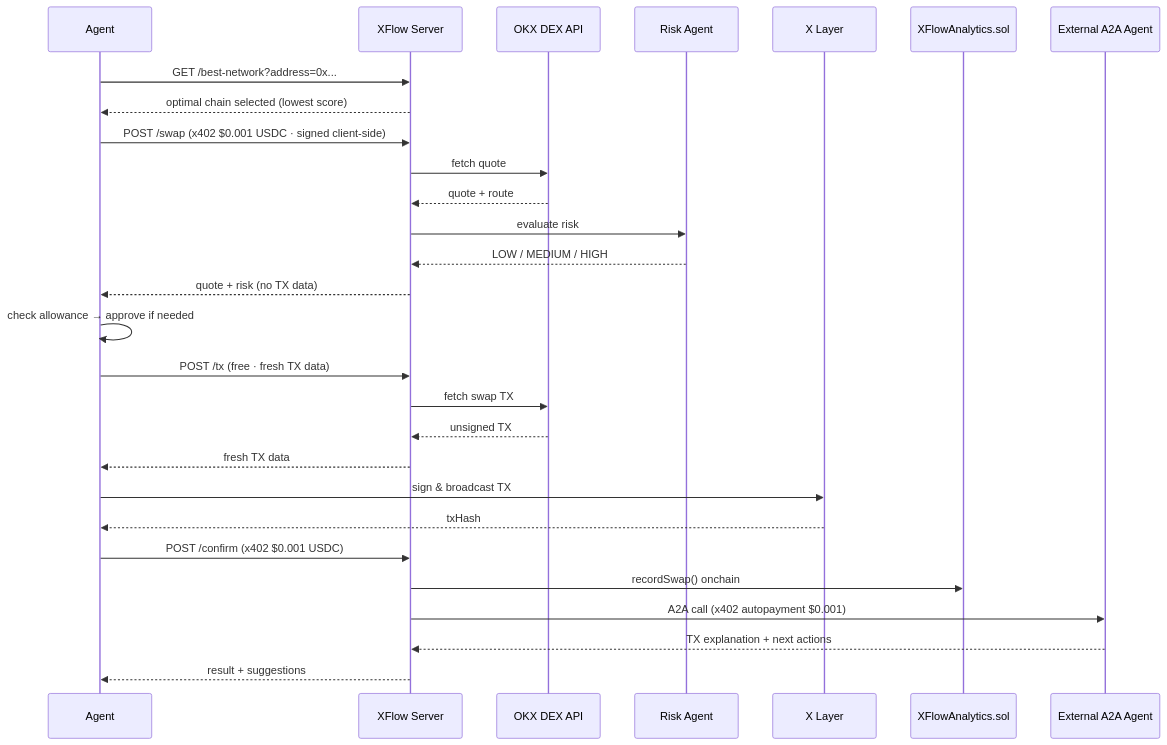
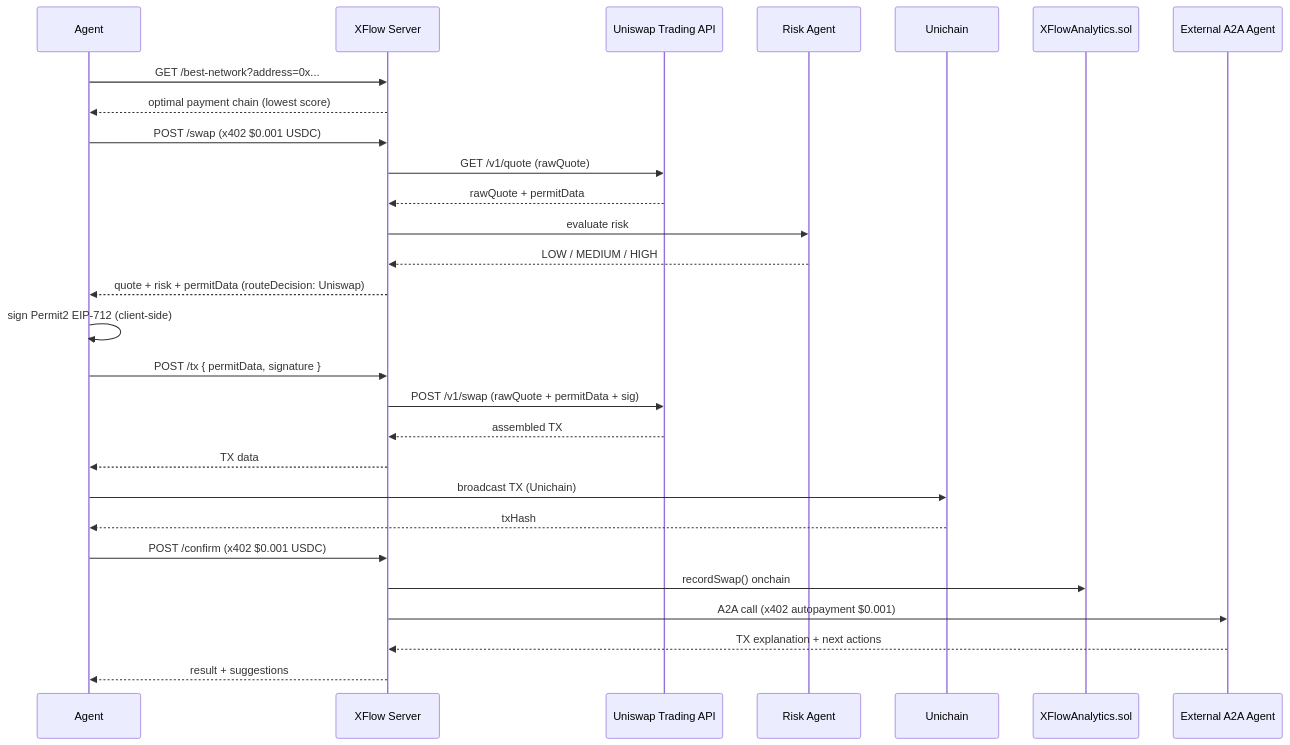
Before and after one commit to cryptohakka/xflow: the diagram in README.md, drawn with Mermaid. The commit also changed other lines of this file, not shown here.

First line of the commit message:
Clarify support for Unichain and improve README

````diff
--- a/README.md
+++ b/README.md
@@ -233,35 +294,35 @@
 ```mermaid
 sequenceDiagram
     participant Agent
     participant XFlow as XFlow Server
-    participant OKX as OKX DEX API
+    participant Uniswap as Uniswap Trading API
     participant Risk as Risk Agent
-    participant Chain as X Layer
+    participant Chain as Unichain
     participant Analytics as XFlowAnalytics.sol
     participant A2A as External A2A Agent
 
     Agent->>XFlow: GET /best-network?address=0x...
-    XFlow-->>Agent: optimal chain selected (lowest score)
+    XFlow-->>Agent: optimal payment chain (lowest score)
 
-    Agent->>XFlow: POST /swap (x402 $0.001 USDC · signed client-side)
-    XFlow->>OKX: fetch quote
-    OKX-->>XFlow: quote + route
+    Agent->>XFlow: POST /swap (x402 $0.001 USDC)
+    XFlow->>Uniswap: GET /v1/quote (rawQuote)
+    Uniswap-->>XFlow: rawQuote + permitData
     XFlow->>Risk: evaluate risk
     Risk-->>XFlow: LOW / MEDIUM / HIGH
-    XFlow-->>Agent: quote + risk (no TX data)
+    XFlow-->>Agent: quote + risk + permitData (routeDecision: Uniswap)
 
-    Agent->>Agent: check allowance → approve if needed
-    Agent->>XFlow: POST /tx (free · fresh TX data)
-    XFlow->>OKX: fetch swap TX
-    OKX-->>XFlow: unsigned TX
-    XFlow-->>Agent: fresh TX data
+    Agent->>Agent: sign Permit2 EIP-712 (client-side)
+    Agent->>XFlow: POST /tx { permitData, signature }
+    XFlow->>Uniswap: POST /v1/swap (rawQuote + permitData + sig)
+    Uniswap-->>XFlow: assembled TX
+    XFlow-->>Agent: TX data
 
-    Agent->>Chain: sign & broadcast TX
+    Agent->>Chain: broadcast TX (Unichain)
     Chain-->>Agent: txHash
 
     Agent->>XFlow: POST /confirm (x402 $0.001 USDC)
     XFlow->>Analytics: recordSwap() onchain
     XFlow->>A2A: A2A call (x402 autopayment $0.001)
     A2A-->>XFlow: TX explanation + next actions
     XFlow-->>Agent: result + suggestions
 ```
````
